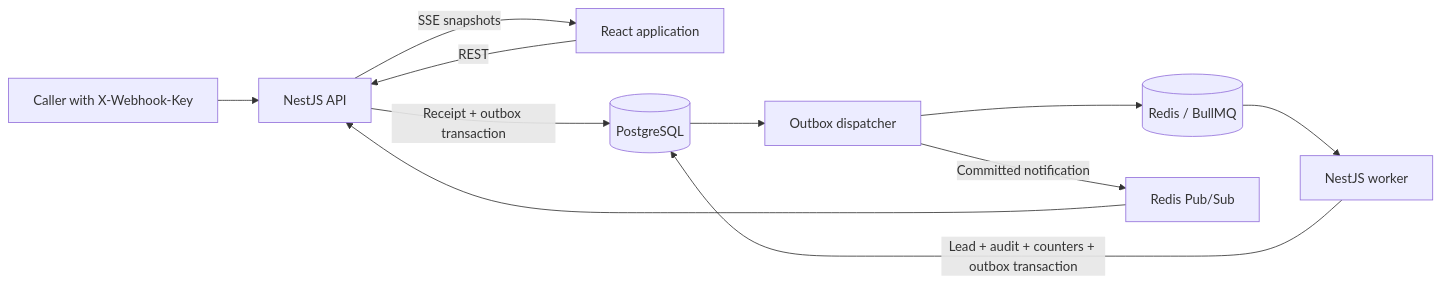
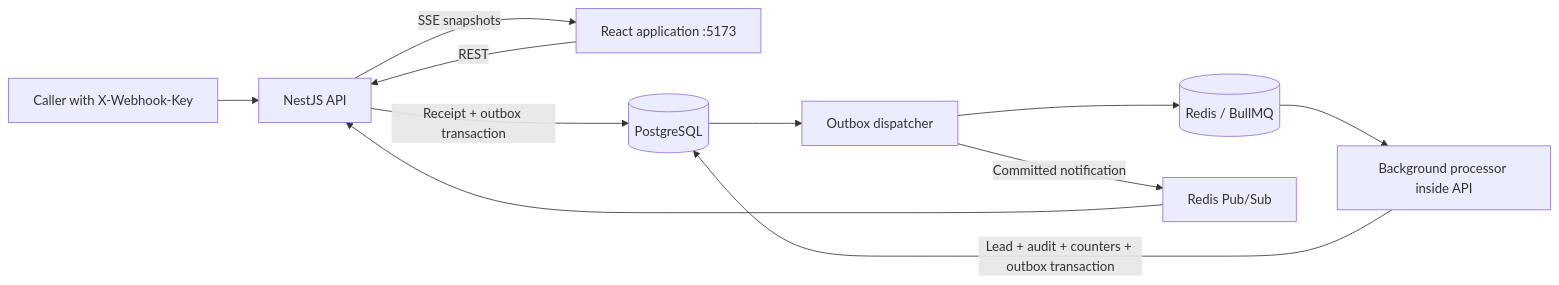
Before and after one commit to ayusharma-ctrl/Stylework: the diagram in README.md, drawn with Mermaid. The commit also changed other lines of this file and 22 other files, not shown here.

````diff
--- a/README.md
+++ b/README.md
@@ -11,13 +11,13 @@
 ```mermaid
 flowchart LR
   Caller[Caller with X-Webhook-Key] --> API[NestJS API]
-  UI[React application] -->|REST| API
+  UI[React application :5173] -->|REST| API
   API -->|Receipt + outbox transaction| PG[(PostgreSQL)]
   PG --> Dispatcher[Outbox dispatcher]
   Dispatcher --> Queue[(Redis / BullMQ)]
-  Queue --> Worker[NestJS worker]
+  Queue --> Worker[Background processor inside API]
   Worker -->|Lead + audit + counters + outbox transaction| PG
   Dispatcher -->|Committed notification| PubSub[Redis Pub/Sub]
   PubSub --> API
   API -->|SSE snapshots| UI
 ```
````
